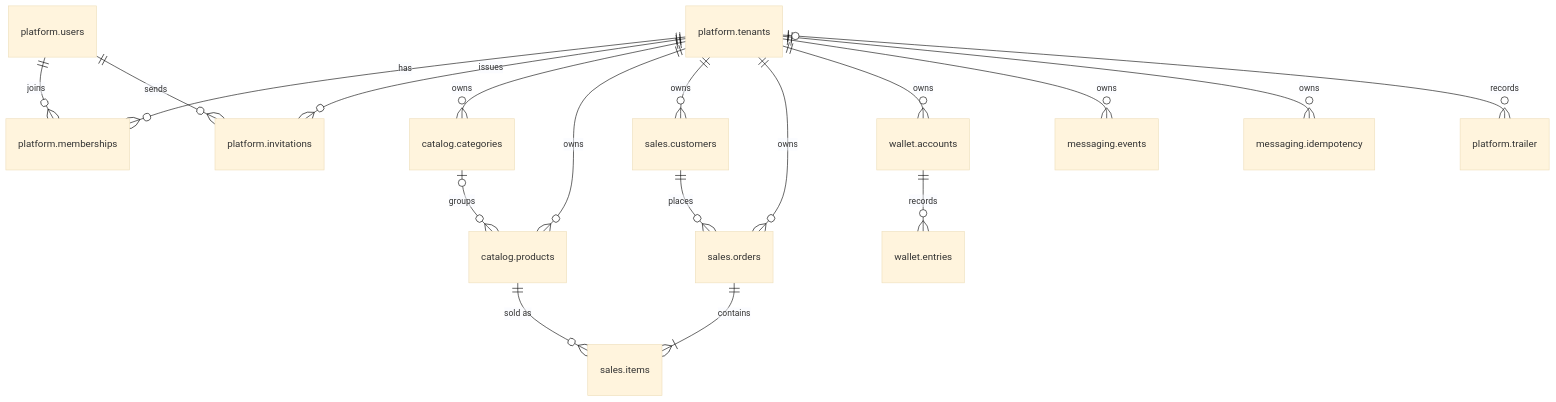
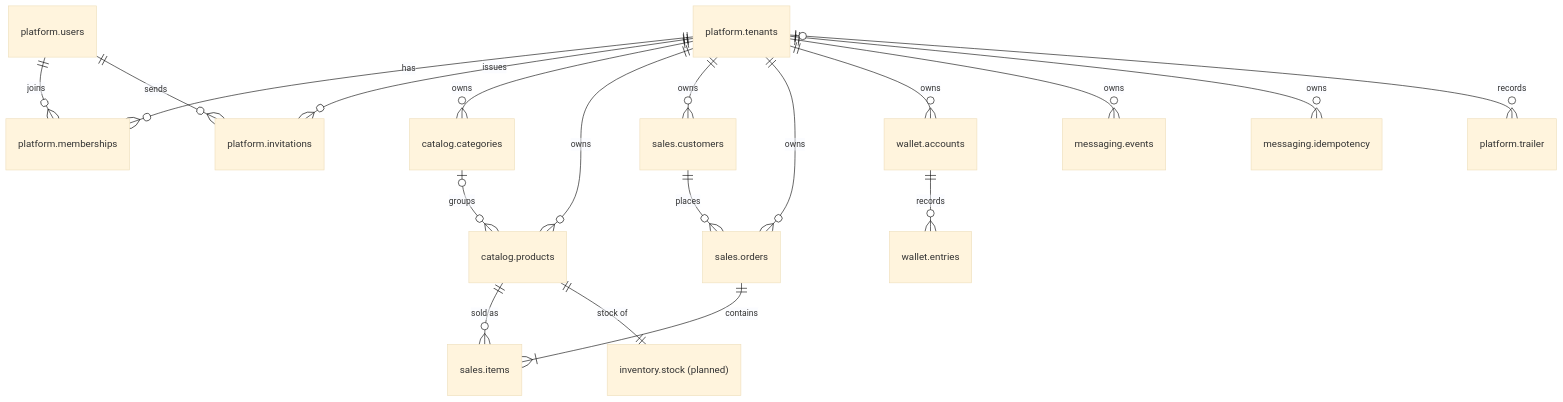
The first of 7 diagrams in drizzle/DIAGRAM.md (ronz204/poc-data-access), drawn with Mermaid (base theme) before and after one commit. The commit also changed other lines of this file, not shown here.

Commit message:
docs(db): sync data model diagram with specs

````diff
--- a/drizzle/DIAGRAM.md
+++ b/drizzle/DIAGRAM.md
@@ -62,35 +68,37 @@
 ```mermaid
 erDiagram
     platform_tenants["platform.tenants"]
     platform_users["platform.users"]
     platform_memberships["platform.memberships"]
     platform_invitations["platform.invitations"]
     catalog_categories["catalog.categories"]
     catalog_products["catalog.products"]
     sales_customers["sales.customers"]
     sales_orders["sales.orders"]
     sales_items["sales.items"]
     wallet_accounts["wallet.accounts"]
     wallet_entries["wallet.entries"]
     messaging_events["messaging.events"]
     messaging_idempotency["messaging.idempotency"]
     platform_trailer["platform.trailer"]
+    inventory_stock["inventory.stock (planned)"]
 
     platform_tenants ||--o{ platform_memberships : has
     platform_users ||--o{ platform_memberships : joins
     platform_tenants ||--o{ platform_invitations : issues
     platform_users ||--o{ platform_invitations : sends
     platform_tenants ||--o{ catalog_categories : owns
     platform_tenants ||--o{ catalog_products : owns
     platform_tenants ||--o{ sales_customers : owns
     platform_tenants ||--o{ sales_orders : owns
     platform_tenants ||--o{ wallet_accounts : owns
     platform_tenants ||--o{ messaging_events : owns
     platform_tenants ||--o{ messaging_idempotency : owns
     platform_tenants |o--o{ platform_trailer : records
     catalog_categories |o--o{ catalog_products : groups
     sales_customers ||--o{ sales_orders : places
     sales_orders ||--|{ sales_items : contains
     catalog_products ||--o{ sales_items : "sold as"
+    catalog_products ||--|| inventory_stock : "stock of"
     wallet_accounts ||--o{ wallet_entries : records
 ```
````
